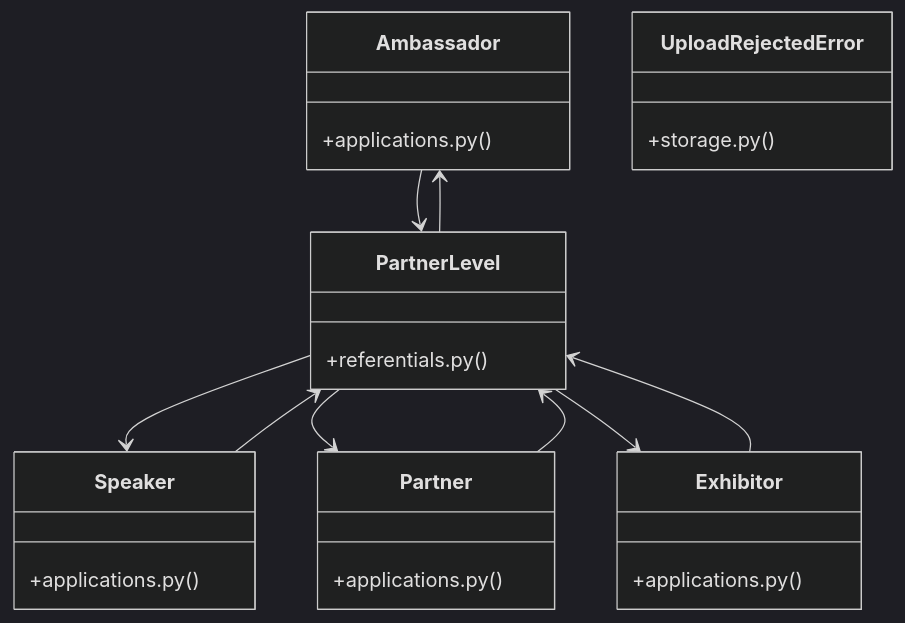
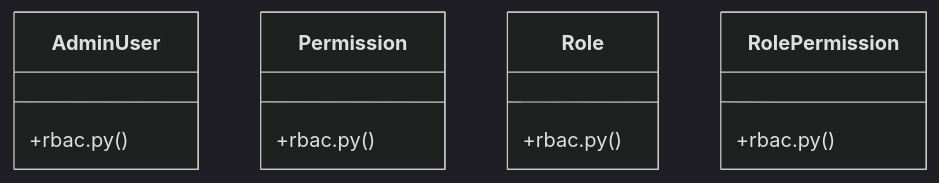
Before and after one commit to adjanayo/synca_conf_back: the diagram in graphify-out/wiki/[BaseModel_&_ValueError]_Cluster.md, drawn with Mermaid (dark theme). The commit also changed other lines of this file and 79 other files, not shown here.

````diff
--- a/graphify-out/wiki/[BaseModel_&_ValueError]_Cluster.md
+++ b/graphify-out/wiki/[BaseModel_&_ValueError]_Cluster.md
@@ -36,29 +36,15 @@
 ```mermaid
 classDiagram
-    class Ambassador {
-        +applications.py()
+    class AdminUser {
+        +rbac.py()
     }
-    class Exhibitor {
-        +applications.py()
+    class Permission {
+        +rbac.py()
     }
-    class Partner {
-        +applications.py()
+    class Role {
+        +rbac.py()
     }
-    class Speaker {
-        +applications.py()
+    class RolePermission {
+        +rbac.py()
     }
-    class PartnerLevel {
-        +referentials.py()
-    }
-    class UploadRejectedError {
-        +storage.py()
-    }
-    Ambassador --> PartnerLevel
-    Exhibitor --> PartnerLevel
-    Partner --> PartnerLevel
-    Speaker --> PartnerLevel
-    PartnerLevel --> Speaker
-    PartnerLevel --> Ambassador
-    PartnerLevel --> Partner
-    PartnerLevel --> Exhibitor
 ```
````
